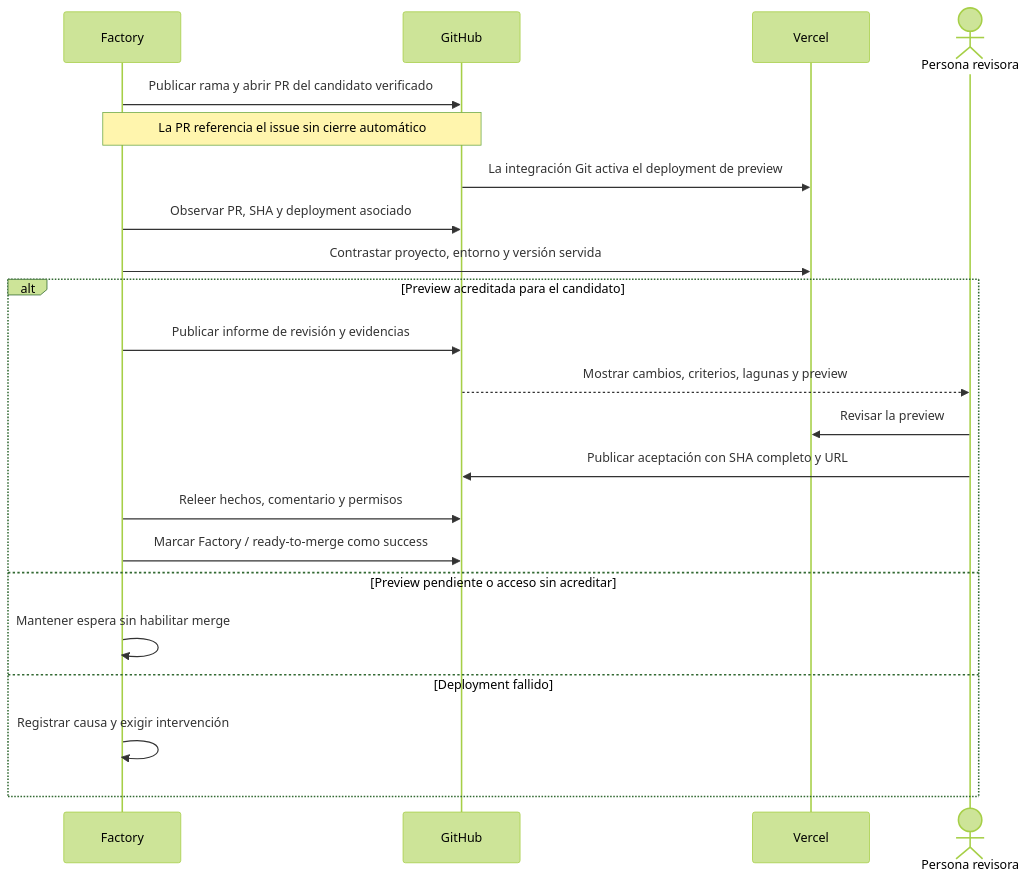
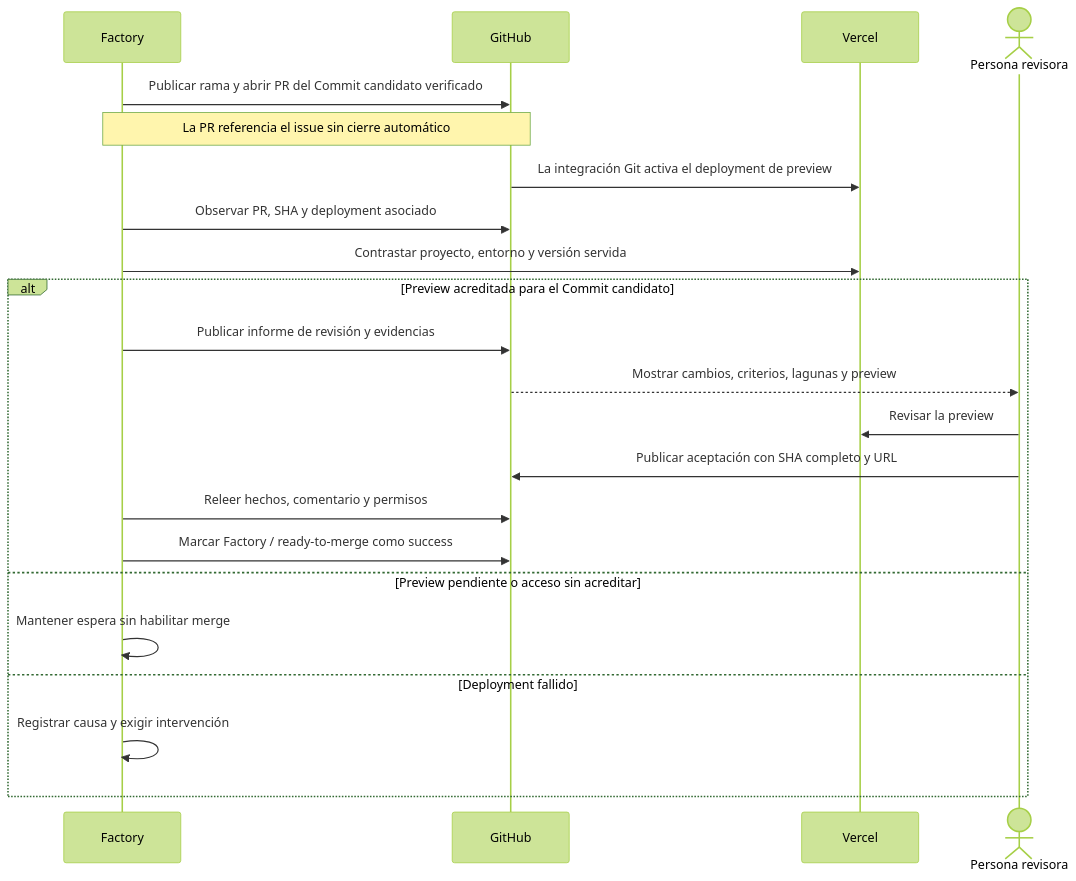
Before and after one commit to rubenbp/app-foundry: the second of 4 diagrams in docs/manual/03-verificacion-y-aceptacion.md, drawn with Mermaid (forest theme). The commit also changed other lines of this file and 35 other files, not shown here.

Commit message:
Ajusta términos de issue y commit candidato

````diff
--- a/docs/manual/03-verificacion-y-aceptacion.md
+++ b/docs/manual/03-verificacion-y-aceptacion.md
@@ -34,24 +34,24 @@
 ```mermaid
 sequenceDiagram
     participant F as Factory
     participant G as GitHub
     participant V as Vercel
     actor H as Persona revisora
-    F->>G: Publicar rama y abrir PR del candidato verificado
+    F->>G: Publicar rama y abrir PR del Commit candidato verificado
     Note over F,G: La PR referencia el issue sin cierre automático
     G->>V: La integración Git activa el deployment de preview
     F->>G: Observar PR, SHA y deployment asociado
     F->>V: Contrastar proyecto, entorno y versión servida
-    alt Preview acreditada para el candidato
+    alt Preview acreditada para el Commit candidato
         F->>G: Publicar informe de revisión y evidencias
         G-->>H: Mostrar cambios, criterios, lagunas y preview
         H->>V: Revisar la preview
         H->>G: Publicar aceptación con SHA completo y URL
         F->>G: Releer hechos, comentario y permisos
         F->>G: Marcar Factory / ready-to-merge como success
     else Preview pendiente o acceso sin acreditar
         F->>F: Mantener espera sin habilitar merge
     else Deployment fallido
         F->>F: Registrar causa y exigir intervención
     end
 ```
````
